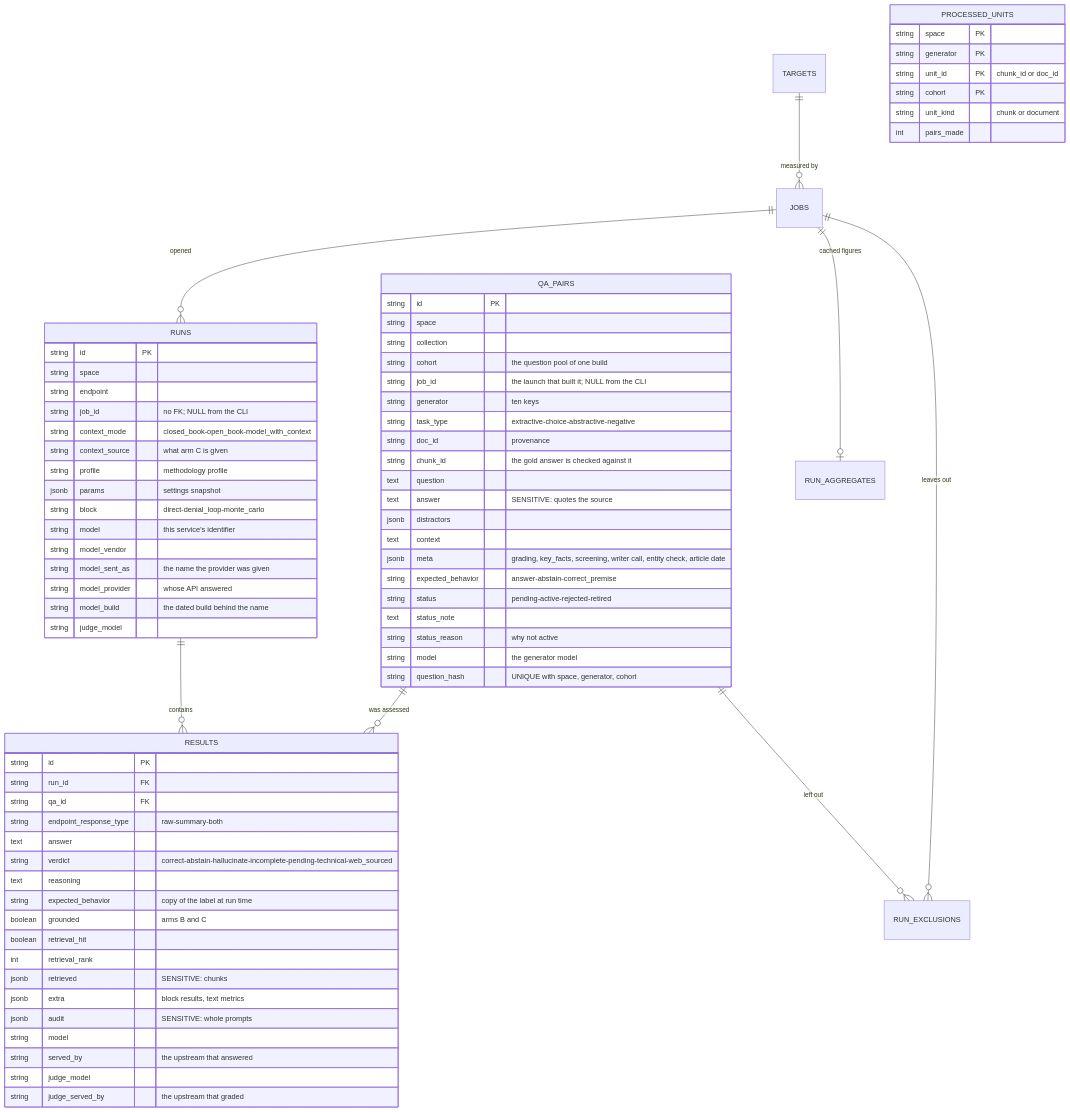
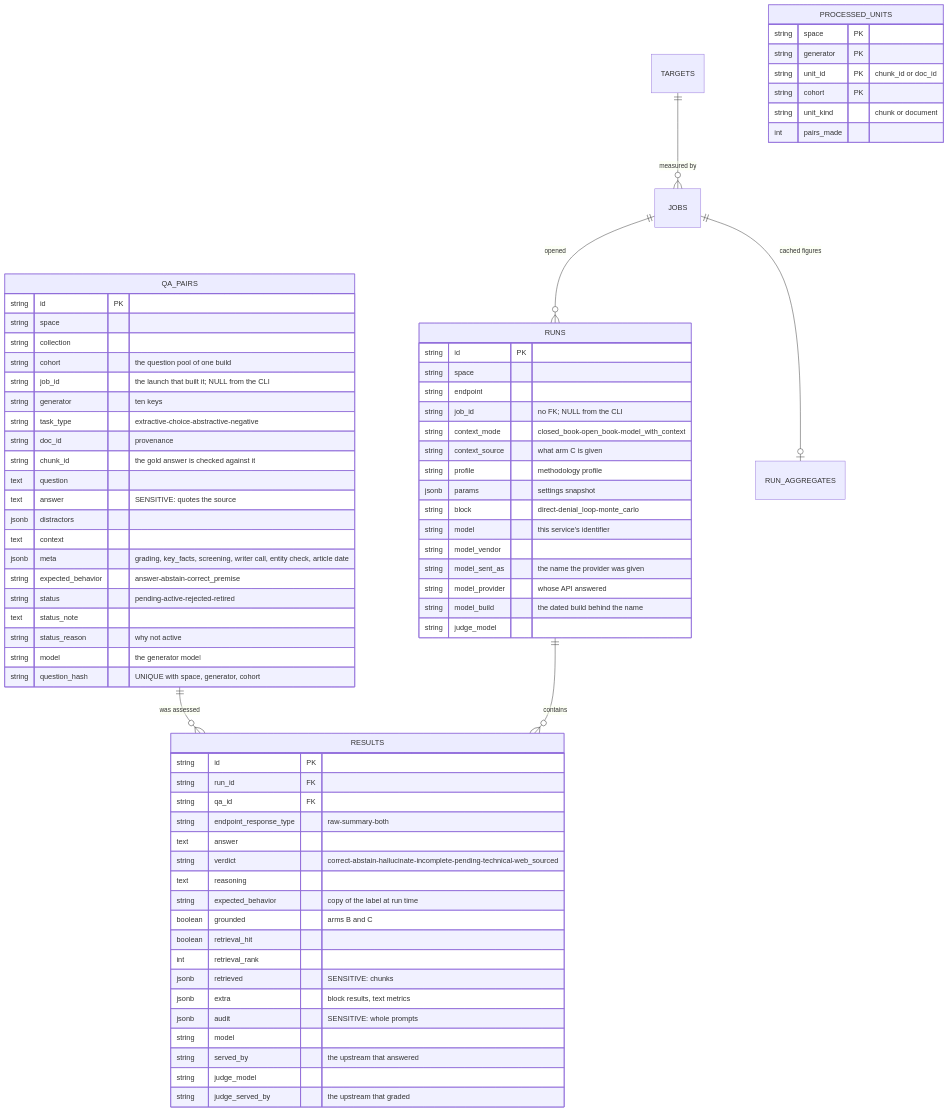
Before and after one commit to OpenMined/syft-space: the diagram in packages/benchmark/docs/data-model.md, drawn with Mermaid. The commit also changed other lines of this file and 176 other files, not shown here.

````diff
--- a/packages/benchmark/docs/data-model.md
+++ b/packages/benchmark/docs/data-model.md
@@ -6,79 +6,77 @@
 ```mermaid
 erDiagram
     QA_PAIRS ||--o{ RESULTS : "was assessed"
     RUNS ||--o{ RESULTS : "contains"
     JOBS ||--o{ RUNS : "opened"
-    JOBS ||--o{ RUN_EXCLUSIONS : "leaves out"
-    QA_PAIRS ||--o{ RUN_EXCLUSIONS : "left out"
     JOBS ||--o| RUN_AGGREGATES : "cached figures"
     TARGETS ||--o{ JOBS : "measured by"
     PROCESSED_UNITS
 
     QA_PAIRS {
         string id PK
         string space
         string collection
         string cohort "the question pool of one build"
         string job_id "the launch that built it; NULL from the CLI"
         string generator "ten keys"
         string task_type "extractive-choice-abstractive-negative"
         string doc_id "provenance"
         string chunk_id "the gold answer is checked against it"
         text question
         text answer "SENSITIVE: quotes the source"
         jsonb distractors
         text context
         jsonb meta "grading, key_facts, screening, writer call, entity check, article date"
         string expected_behavior "answer-abstain-correct_premise"
         string status "pending-active-rejected-retired"
         text status_note
         string status_reason "why not active"
         string model "the generator model"
         string question_hash "UNIQUE with space, generator, cohort"
     }
     PROCESSED_UNITS {
         string space PK
         string generator PK
         string unit_id PK "chunk_id or doc_id"
         string cohort PK
         string unit_kind "chunk or document"
         int pairs_made
     }
     RUNS {
         string id PK
         string space
         string endpoint
         string job_id "no FK; NULL from the CLI"
         string context_mode "closed_book-open_book-model_with_context"
         string context_source "what arm C is given"
         string profile "methodology profile"
         jsonb params "settings snapshot"
         string block "direct-denial_loop-monte_carlo"
         string model "this service's identifier"
         string model_vendor
         string model_sent_as "the name the provider was given"
         string model_provider "whose API answered"
         string model_build "the dated build behind the name"
         string judge_model
     }
     RESULTS {
         string id PK
         string run_id FK
         string qa_id FK
         string endpoint_response_type "raw-summary-both"
         text answer
         string verdict "correct-abstain-hallucinate-incomplete-pending-technical-web_sourced"
         text reasoning
         string expected_behavior "copy of the label at run time"
         boolean grounded "arms B and C"
         boolean retrieval_hit
         int retrieval_rank
         jsonb retrieved "SENSITIVE: chunks"
         jsonb extra "block results, text metrics"
         jsonb audit "SENSITIVE: whole prompts"
         string model
         string served_by "the upstream that answered"
         string judge_model
         string judge_served_by "the upstream that graded"
     }
 ```
````
